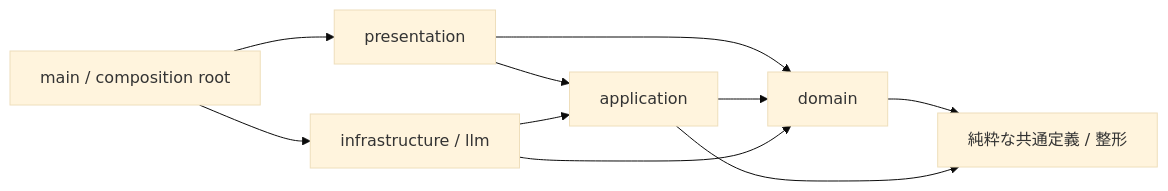
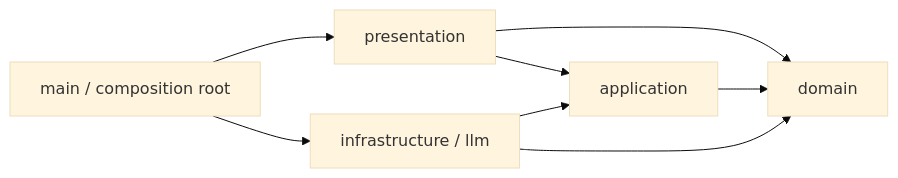
The first of 2 diagrams in backend/README.md (SatohaCC/medi-chat), drawn with Mermaid (base theme) before and after one commit. The commit also changed other lines of this file and 85 other files, not shown here.

````diff
--- a/backend/README.md
+++ b/backend/README.md
@@ -104,12 +104,10 @@
 ```mermaid
 flowchart LR
   Presentation[presentation] --> App[application]
   Presentation --> Domain[domain]
   App --> Domain
   Infra[infrastructure / llm] --> App
   Infra --> Domain
   Main[main / composition root] --> Presentation
   Main --> Infra
-  Domain --> Shared[純粋な共通定義 / 整形]
-  App --> Shared
 ```
````
